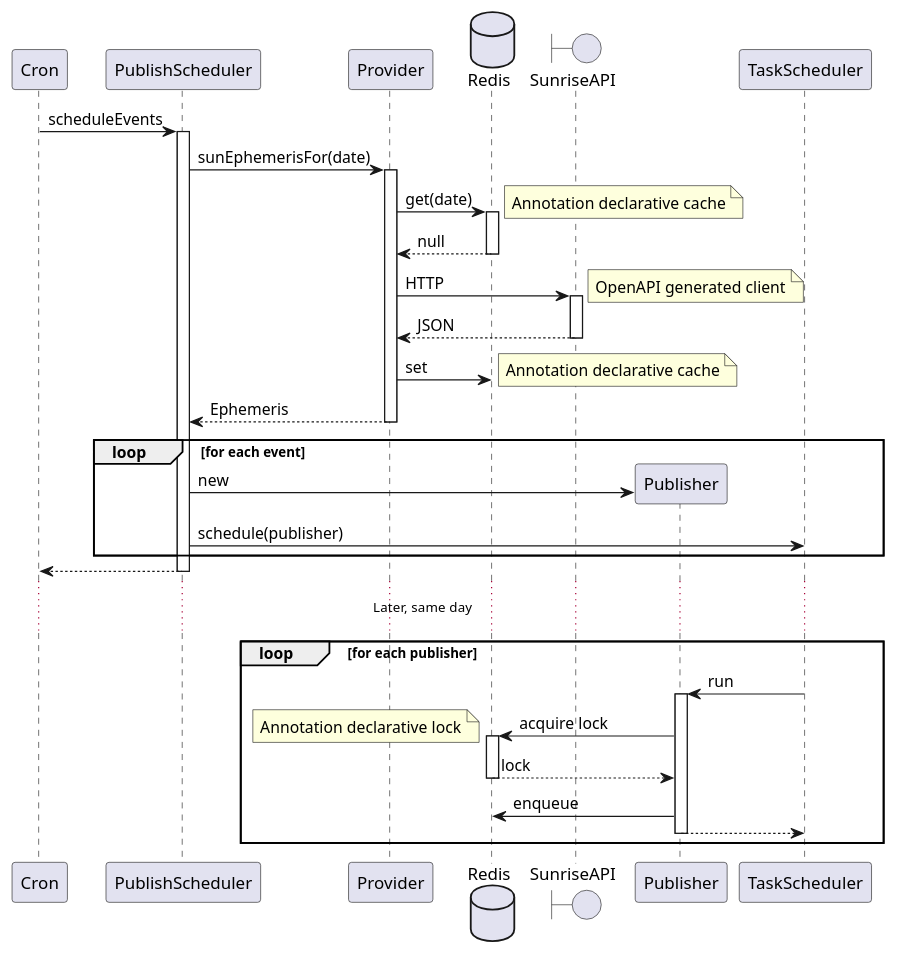
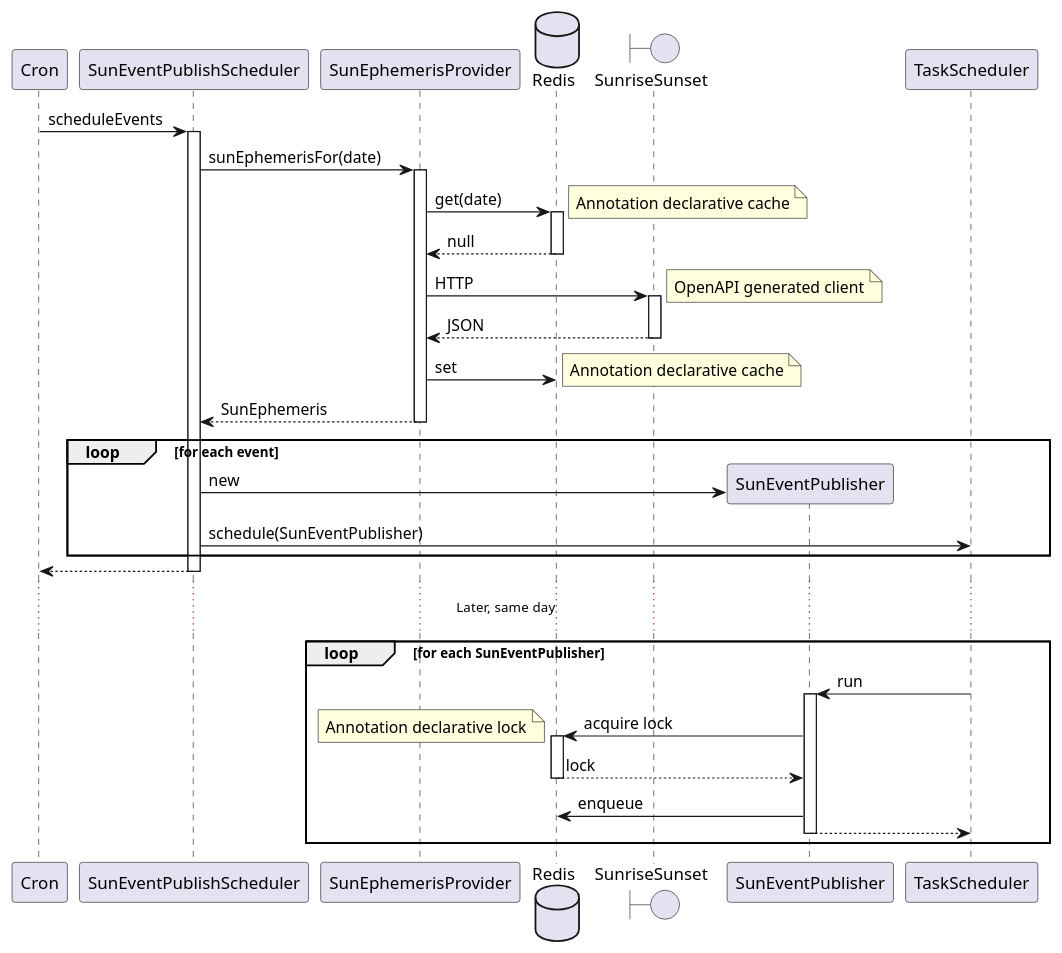
Before and after one commit to mwierzchowski/sun-ephemeris: the diagram in etc/seq-success.puml, drawn with PlantUML. The commit also changed 2 other files, not shown here.

```diff
--- a/etc/seq-success.puml
+++ b/etc/seq-success.puml
@@ -1,48 +1,48 @@
 @startuml
 
-Cron -> PublishScheduler : scheduleEvents
-activate PublishScheduler
-    PublishScheduler -> Provider : sunEphemerisFor(date)
-    activate Provider
+Cron -> SunEventPublishScheduler : scheduleEvents
+activate SunEventPublishScheduler
+    SunEventPublishScheduler -> SunEphemerisProvider : sunEphemerisFor(date)
+    activate SunEphemerisProvider
         database Redis
-        Provider -> Redis : get(date)
+        SunEphemerisProvider -> Redis : get(date)
         note right : Annotation declarative cache
         activate Redis
-            Provider <-- Redis : null
+            SunEphemerisProvider <-- Redis : null
         deactivate Redis
-        boundary SunriseAPI
-        Provider -> SunriseAPI : HTTP
+        boundary SunriseSunset
+        SunEphemerisProvider -> SunriseSunset : HTTP
         note right : OpenAPI generated client
-        activate SunriseAPI
-            Provider <-- SunriseAPI : JSON
-        deactivate SunriseAPI
-        Provider -> Redis : set
+        activate SunriseSunset
+            SunEphemerisProvider <-- SunriseSunset : JSON
+        deactivate SunriseSunset
+        SunEphemerisProvider -> Redis : set
         note right : Annotation declarative cache
-        PublishScheduler <-- Provider : Ephemeris
-    deactivate Provider
+        SunEventPublishScheduler <-- SunEphemerisProvider : SunEphemeris
+    deactivate SunEphemerisProvider
 
     loop for each event
-        create Publisher
-        PublishScheduler -> Publisher : new
-        PublishScheduler -> TaskScheduler : schedule(publisher)
+        create SunEventPublisher
+        SunEventPublishScheduler -> SunEventPublisher : new
+        SunEventPublishScheduler -> TaskScheduler : schedule(SunEventPublisher)
     end
 
-    Cron <-- PublishScheduler
-deactivate PublishScheduler
+    Cron <-- SunEventPublishScheduler
+deactivate SunEventPublishScheduler
 
 ... Later, same day ...
 
-loop for each publisher
-    TaskScheduler -> Publisher : run
-    activate Publisher
-        Publisher -> Redis : acquire lock
+loop for each SunEventPublisher
+    TaskScheduler -> SunEventPublisher : run
+    activate SunEventPublisher
+        SunEventPublisher -> Redis : acquire lock
         note left : Annotation declarative lock
         activate Redis
-            Publisher <-- Redis : lock
+            SunEventPublisher <-- Redis : lock
         deactivate Redis
-        Publisher -> Redis : enqueue
-        TaskScheduler <-- Publisher
-    deactivate Publisher
+        SunEventPublisher -> Redis : enqueue
+        TaskScheduler <-- SunEventPublisher
+    deactivate SunEventPublisher
 end
 
 @enduml
```
